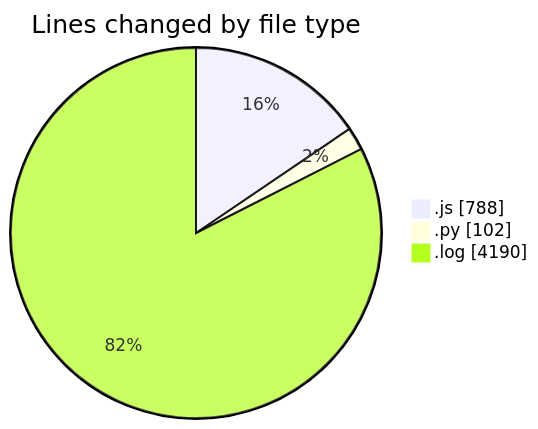
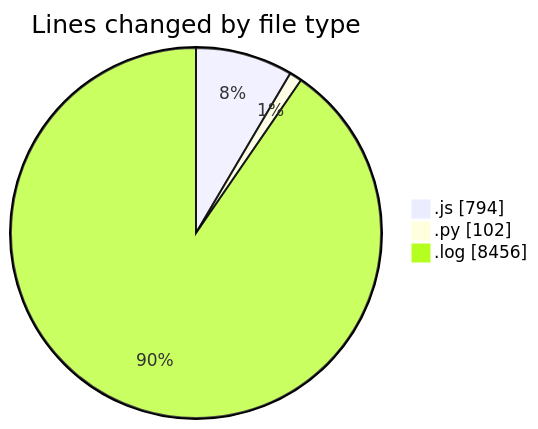
One commit to nxtqubesakshisongat/code-tracking changed the first of 2 diagrams in 2025-04-14/nxtqube_webapp/README.md. Above: the diagram before and after it, drawn with Mermaid. The commit also changed other lines of this file and 1 other file, not shown here.

````diff
--- a/2025-04-14/nxtqube_webapp/README.md
+++ b/2025-04-14/nxtqube_webapp/README.md
@@ -22,7 +22,7 @@
 ```mermaid
 pie showData
 title Lines changed by file type
-".js" : 788
+".js" : 794
 ".py" : 102
-".log" : 4190
+".log" : 8456
 ```
````
